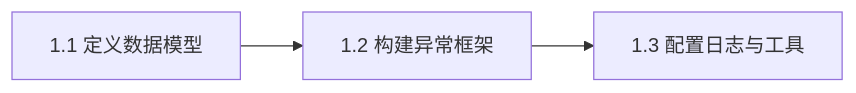
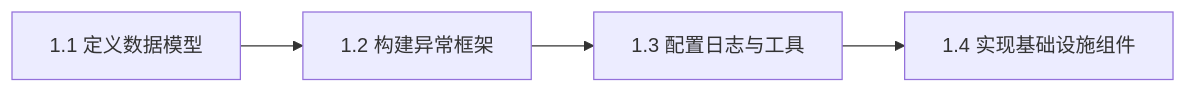
One commit to zorro-gridi/ray_multicluster_scheduler changed the second of 6 diagrams in depOps.md. Above: the diagram before and after it, drawn with Mermaid. The commit also changed other lines of this file and 131 other files, not shown here.

````diff
--- a/depOps.md
+++ b/depOps.md
@@ -350,5 +543,6 @@
 ```mermaid
 flowchart LR
     A[1.1 定义数据模型] --> B[1.2 构建异常框架];
     B --> C[1.3 配置日志与工具];
+    C --> D[1.4 实现基础设施组件];
 ```
````
